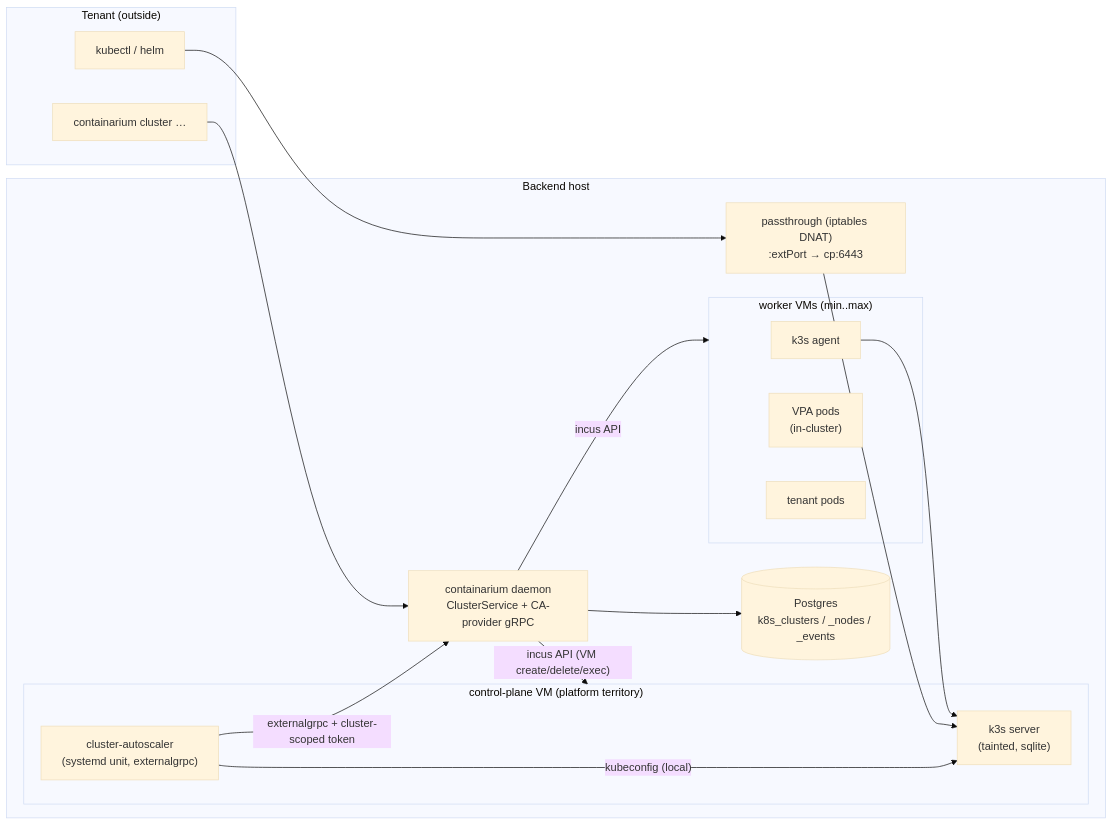
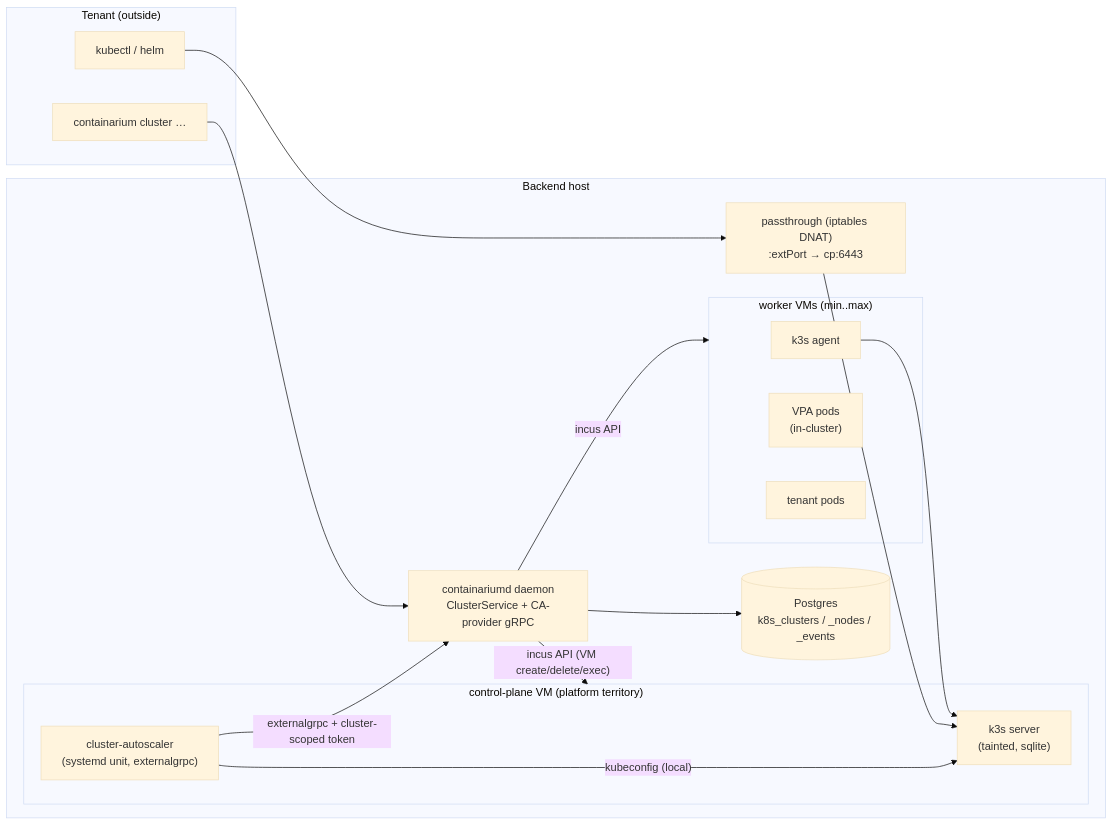
Before and after one commit to Ditto190/Containarium: the diagram in docs/architecture/managed-k8s-clusters.md, drawn with Mermaid (base theme). The commit also changed other lines of this file and 35 other files, not shown here.

````diff
--- a/docs/architecture/managed-k8s-clusters.md
+++ b/docs/architecture/managed-k8s-clusters.md
@@ -22,29 +22,29 @@
 ```mermaid
 flowchart LR
   subgraph tenant["Tenant (outside)"]
     kubectl["kubectl / helm"]
     cli["containarium cluster …"]
   end
   subgraph host["Backend host"]
-    daemon["containarium daemon\nClusterService + CA-provider gRPC"]
+    daemon["containariumd daemon\nClusterService + CA-provider gRPC"]
     pt["passthrough (iptables DNAT)\n:extPort → cp:6443"]
     subgraph cp["control-plane VM (platform territory)"]
       k3ss["k3s server\n(tainted, sqlite)"]
       ca["cluster-autoscaler\n(systemd unit, externalgrpc)"]
     end
     subgraph w["worker VMs (min..max)"]
       k3sa["k3s agent"]
       vpa["VPA pods\n(in-cluster)"]
       pods["tenant pods"]
     end
     pg[("Postgres\nk8s_clusters / _nodes / _events")]
   end
   kubectl --> pt --> k3ss
   cli --> daemon
   daemon --> pg
   daemon -- "incus API (VM create/delete/exec)" --> cp
   daemon -- "incus API" --> w
   ca -- "kubeconfig (local)" --> k3ss
   ca -- "externalgrpc + cluster-scoped token" --> daemon
   k3sa --> k3ss
 ```
````
